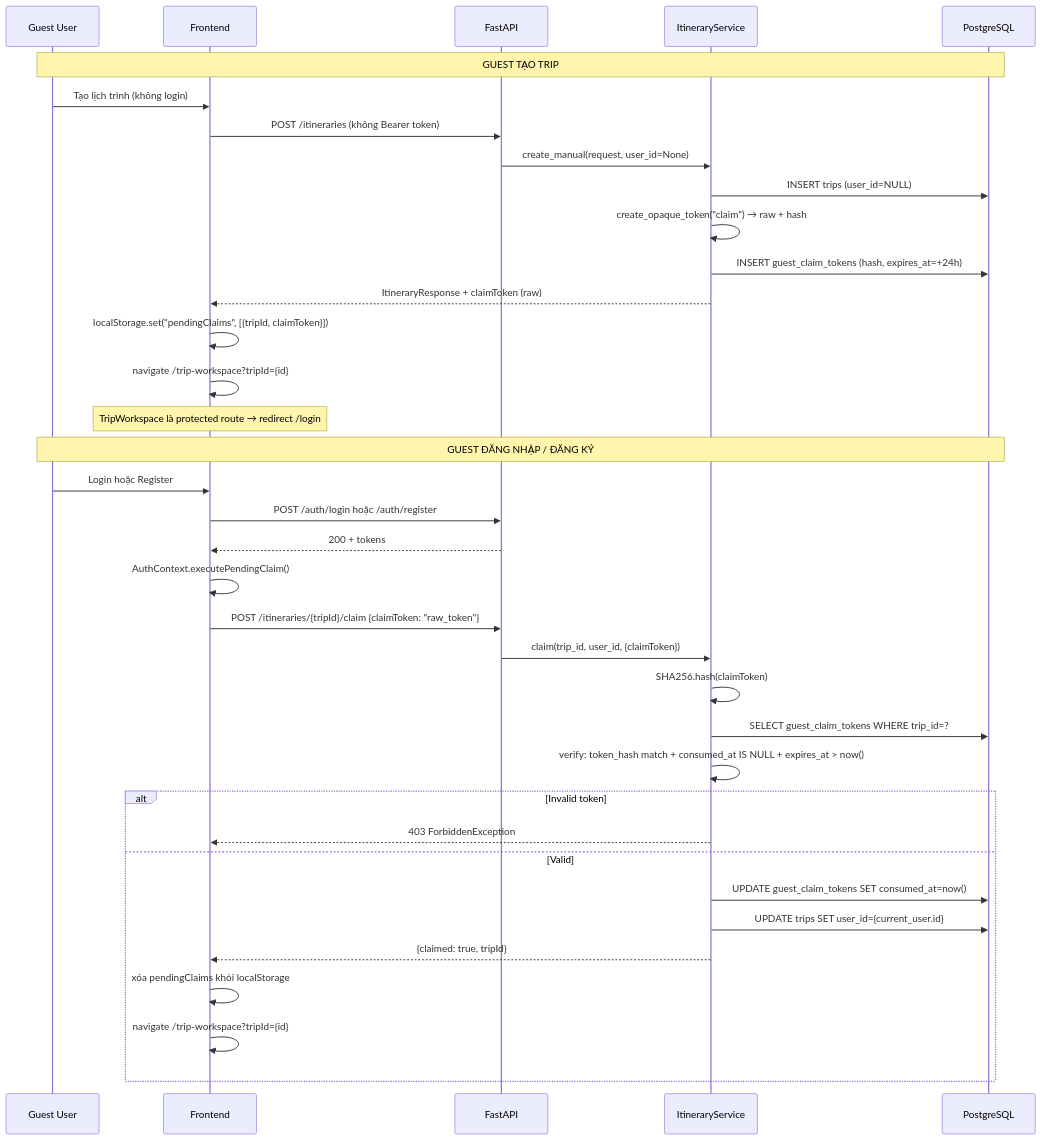
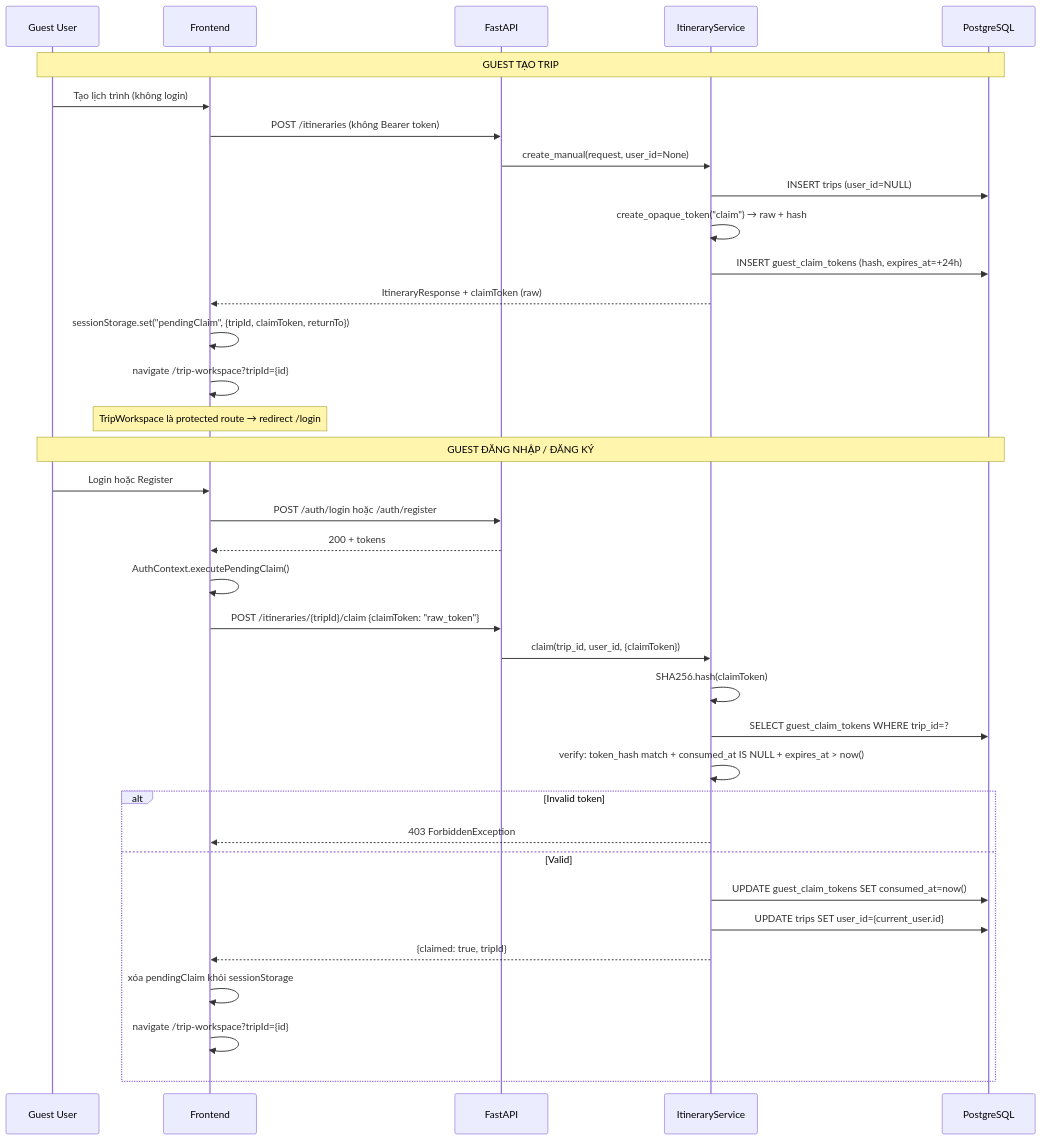
One commit to KhoiBui16/NT208-ai-travel-itinerary-recommendation-system changed diagram 11 of 12 in README.md. Above: the diagram before and after it, drawn with Mermaid. The commit also changed other lines of this file and 5 other files, not shown here.

Commit message:
docs: [#00060] fix final docs sync and mermaid rendering (#74)

````diff
--- a/README.md
+++ b/README.md
@@ -1434,41 +1509,41 @@
 ```mermaid
 sequenceDiagram
     participant Guest as Guest User
     participant FE as Frontend
     participant BE as FastAPI
     participant SVC as ItineraryService
     participant DB as PostgreSQL
 
     Note over Guest,DB: GUEST TẠO TRIP
     Guest->>FE: Tạo lịch trình (không login)
     FE->>BE: POST /itineraries (không Bearer token)
     BE->>SVC: create_manual(request, user_id=None)
     SVC->>DB: INSERT trips (user_id=NULL)
     SVC->>SVC: create_opaque_token("claim") → raw + hash
     SVC->>DB: INSERT guest_claim_tokens (hash, expires_at=+24h)
     SVC-->>FE: ItineraryResponse + claimToken (raw)
-    FE->>FE: localStorage.set("pendingClaims", [{tripId, claimToken}])
+    FE->>FE: sessionStorage.set("pendingClaim", {tripId, claimToken, returnTo})
     FE->>FE: navigate /trip-workspace?tripId={id}
     Note over FE: TripWorkspace là protected route → redirect /login
 
     Note over Guest,DB: GUEST ĐĂNG NHẬP / ĐĂNG KÝ
     Guest->>FE: Login hoặc Register
     FE->>BE: POST /auth/login hoặc /auth/register
     BE-->>FE: 200 + tokens
     FE->>FE: AuthContext.executePendingClaim()
     FE->>BE: POST /itineraries/{tripId}/claim {claimToken: "raw_token"}
     BE->>SVC: claim(trip_id, user_id, {claimToken})
     SVC->>SVC: SHA256.hash(claimToken)
     SVC->>DB: SELECT guest_claim_tokens WHERE trip_id=?
     SVC->>SVC: verify: token_hash match + consumed_at IS NULL + expires_at > now()
 
     alt Invalid token
         SVC-->>FE: 403 ForbiddenException
     else Valid
         SVC->>DB: UPDATE guest_claim_tokens SET consumed_at=now()
         SVC->>DB: UPDATE trips SET user_id={current_user.id}
         SVC-->>FE: {claimed: true, tripId}
-        FE->>FE: xóa pendingClaims khỏi localStorage
+        FE->>FE: xóa pendingClaim khỏi sessionStorage
         FE->>FE: navigate /trip-workspace?tripId={id}
     end
 ```
````
